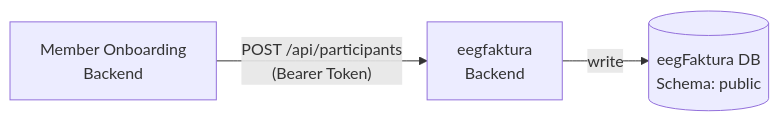
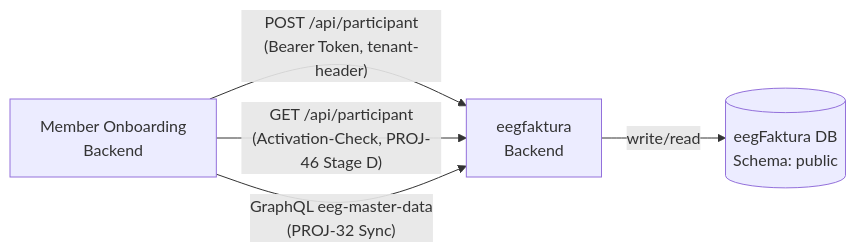
The second of 4 diagrams in docs/architecture-diagram.md (Marki4711/eegfaktura-member-onboarding), drawn with Mermaid before and after one commit. The commit also changed other lines of this file and 11 other files, not shown here.

````diff
--- a/docs/architecture-diagram.md
+++ b/docs/architecture-diagram.md
@@ -76,5 +81,7 @@
 ```mermaid
 graph LR
-    MOB_BE["Member Onboarding\nBackend"] -->|"POST /api/participants\n(Bearer Token)"| EF_BACKEND["eegfaktura\nBackend"]
-    EF_BACKEND -->|write| EF_DB[("eegFaktura DB\nSchema: public")]
+    MOB_BE["Member Onboarding\nBackend"] -->|"POST /api/participant\n(Bearer Token, tenant-header)"| EF_BACKEND["eegfaktura\nBackend"]
+    MOB_BE -->|"GET /api/participant\n(Activation-Check, PROJ-46 Stage D)"| EF_BACKEND
+    MOB_BE -->|"GraphQL eeg-master-data\n(PROJ-32 Sync)"| EF_BACKEND
+    EF_BACKEND -->|write/read| EF_DB[("eegFaktura DB\nSchema: public")]
 ```
````
